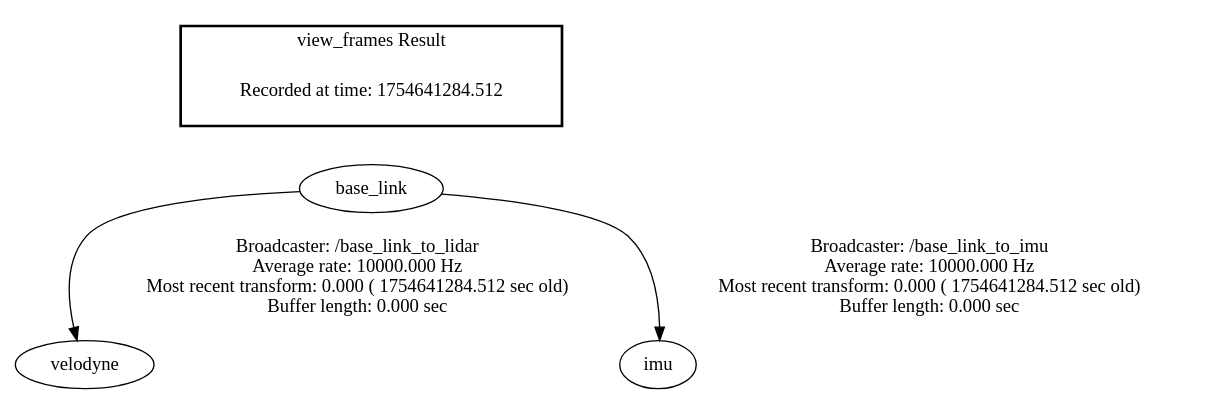
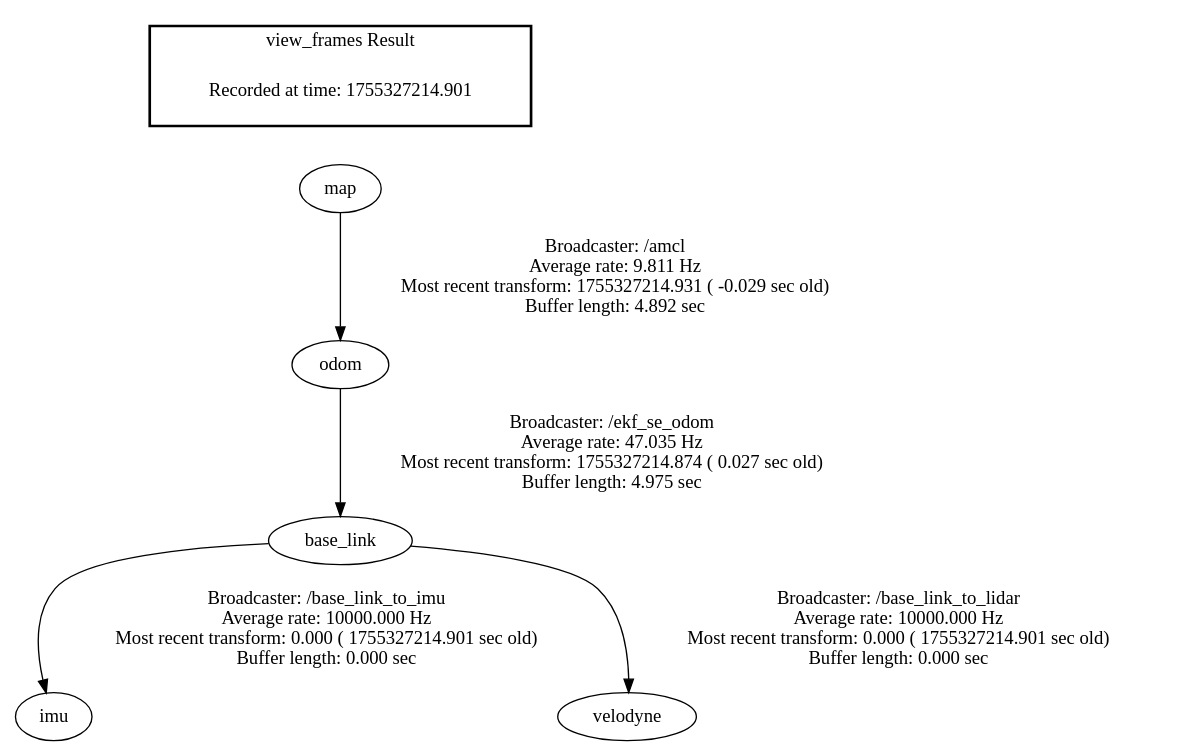
The diagram in frames.gv (chamssal/kmu_virtualdrive2025), drawn with Graphviz before and after one commit. The commit also changed 21 other files, not shown here.

```diff
--- a/frames.gv
+++ b/frames.gv
@@ -1,8 +1,10 @@
 digraph G {
-"base_link" -> "velodyne"[label="Broadcaster: /base_link_to_lidar\nAverage rate: 10000.000 Hz\nMost recent transform: 0.000 ( 1754641284.512 sec old)\nBuffer length: 0.000 sec\n"];
-"base_link" -> "imu"[label="Broadcaster: /base_link_to_imu\nAverage rate: 10000.000 Hz\nMost recent transform: 0.000 ( 1754641284.512 sec old)\nBuffer length: 0.000 sec\n"];
+"base_link" -> "imu"[label="Broadcaster: /base_link_to_imu\nAverage rate: 10000.000 Hz\nMost recent transform: 0.000 ( 1755327214.901 sec old)\nBuffer length: 0.000 sec\n"];
+"odom" -> "base_link"[label="Broadcaster: /ekf_se_odom\nAverage rate: 47.035 Hz\nMost recent transform: 1755327214.874 ( 0.027 sec old)\nBuffer length: 4.975 sec\n"];
+"base_link" -> "velodyne"[label="Broadcaster: /base_link_to_lidar\nAverage rate: 10000.000 Hz\nMost recent transform: 0.000 ( 1755327214.901 sec old)\nBuffer length: 0.000 sec\n"];
+"map" -> "odom"[label="Broadcaster: /amcl\nAverage rate: 9.811 Hz\nMost recent transform: 1755327214.931 ( -0.029 sec old)\nBuffer length: 4.892 sec\n"];
 edge [style=invis];
  subgraph cluster_legend { style=bold; color=black; label ="view_frames Result";
-"Recorded at time: 1754641284.512"[ shape=plaintext ] ;
- }->"base_link";
+"Recorded at time: 1755327214.901"[ shape=plaintext ] ;
+ }->"map";
 }
```
